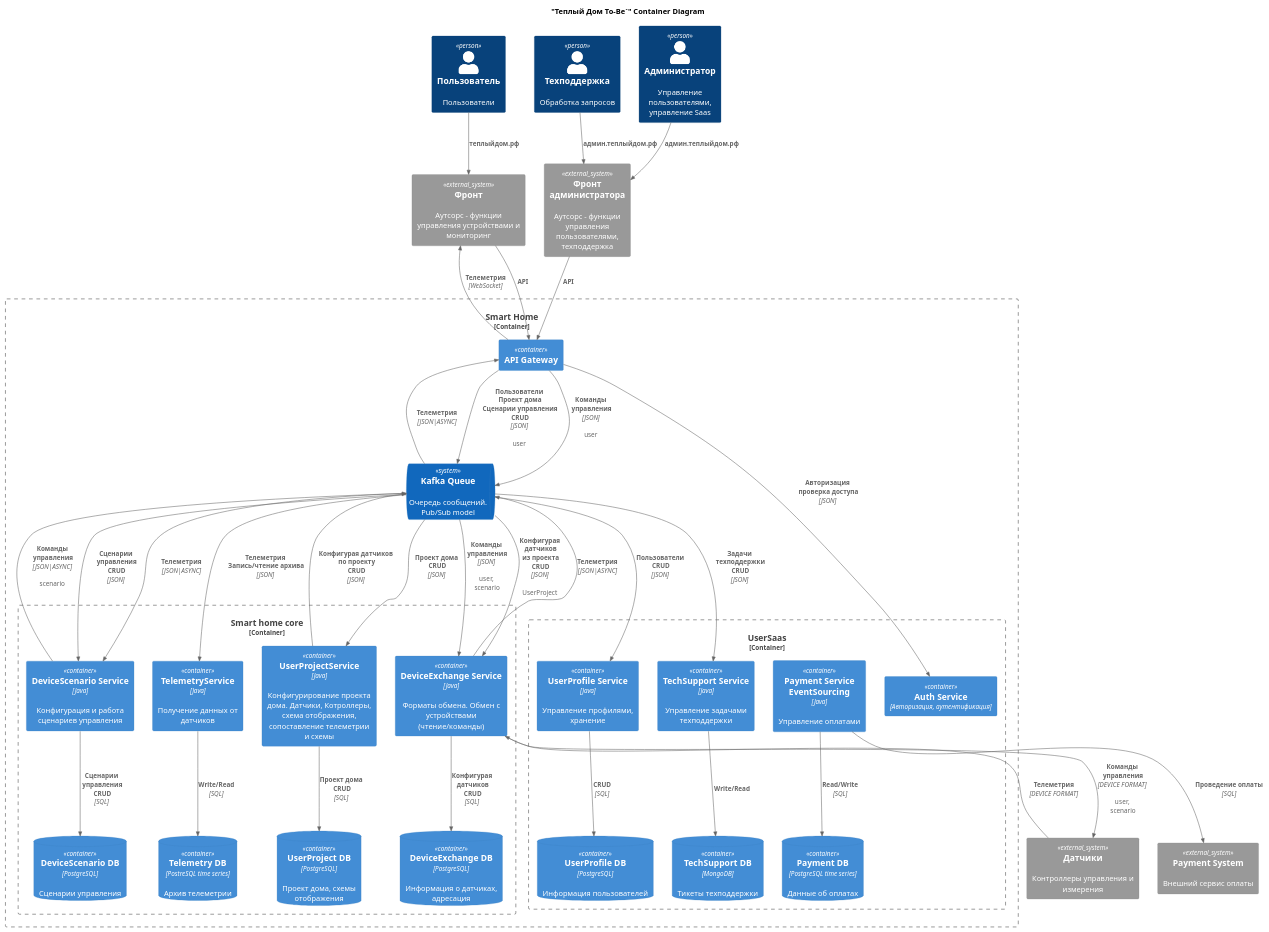
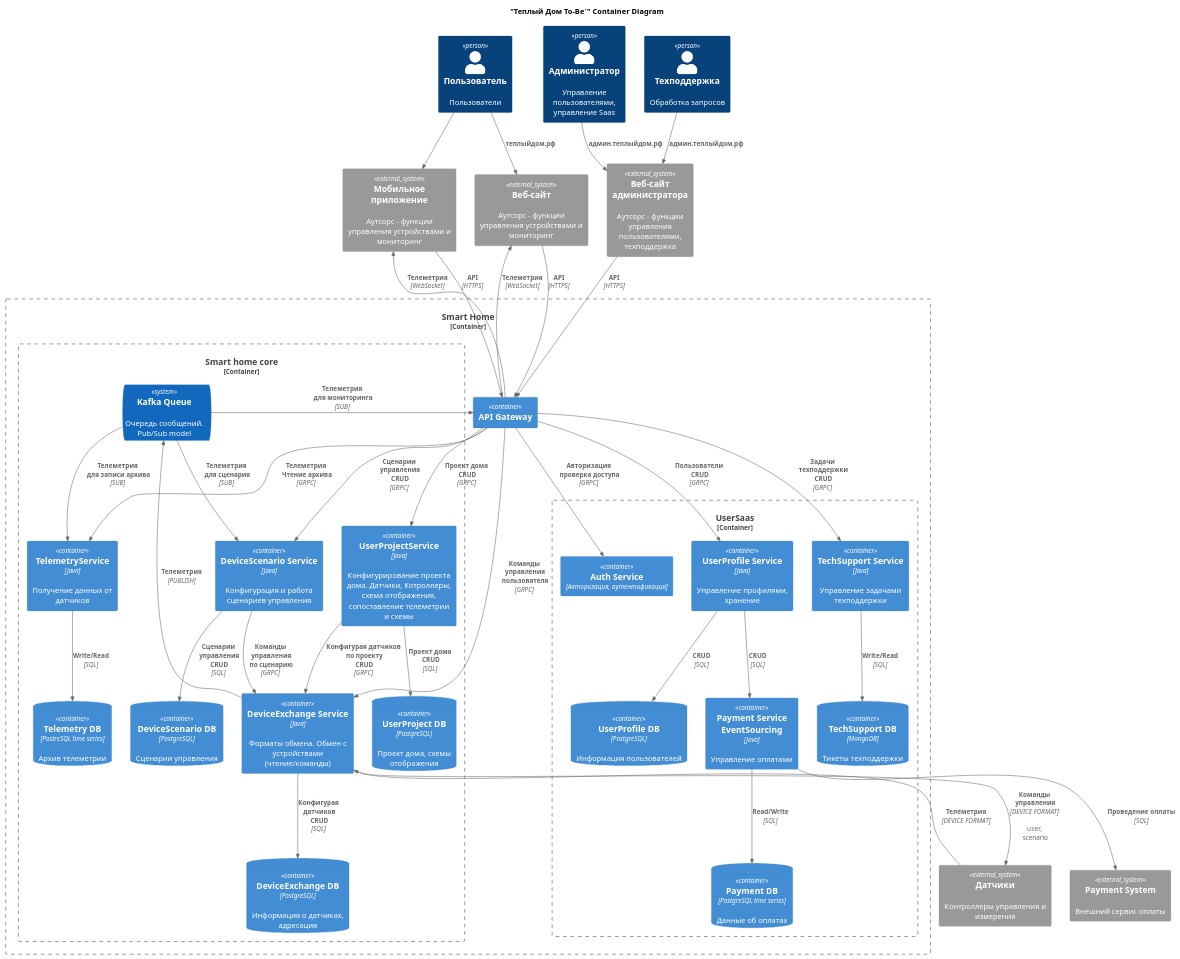
Before and after one commit to Rzr18/arhitecture-sprint-3: the diagram in С4/microservices-containers.puml, drawn with PlantUML. The commit also changed 8 other files, not shown here.

Commit message:
Переделано взаимодействие контейнеров без очереди. Очередь только для телеметрии Добавлено состояние на устройство

```diff
--- a/С4/microservices-containers.puml
+++ b/С4/microservices-containers.puml
@@ -1,94 +1,100 @@
 @startuml
 title "Теплый Дом To-Be`" Container Diagram
 
 top to bottom direction
 
 !includeurl https://raw.githubusercontent.com/RicardoNiepel/C4-PlantUML/master/C4_Component.puml
 
 Person(user, "Пользователь", "Пользователи")
 Person(admin, "Администратор", "Управление пользователями, управление Saas")
 Person(techUser, "Техподдержка", "Обработка запросов")
 
-System_Ext(webApp, "Фронт", "Аутсорс - функции управления устройствами и мониторинг")
-System_Ext(webAppAdmin, "Фронт администратора", "Аутсорс - функции управления пользователями, техподдержка")
+System_Ext(webMobileApp, "Мобильное приложение", "Аутсорс - функции управления устройствами и мониторинг")
+System_Ext(webApp, "Веб-сайт", "Аутсорс - функции управления устройствами и мониторинг")
+System_Ext(webAppAdmin, "Веб-сайт администратора", "Аутсорс - функции управления пользователями, техподдержка")
 
 System_Ext(extDevices, "Датчики", "Контроллеры управления и измерения")
 
 System_Ext(Payment, "Payment System", "Внешний сервис оплаты")
 
 Container_Boundary(SmartHomeSystem, "Smart Home") {
     Container(ApiGateway, "API Gateway")
-    SystemQueue(Queue, "Kafka Queue", "Очередь сообщений. Pub/Sub model")
+    
 
     Rel(user, webApp, "теплыйдом.рф")
+    Rel(user, webMobileApp, "")
     Rel(admin, webAppAdmin, "админ.теплыйдом.рф")
     Rel(techUser, webAppAdmin, "админ.теплыйдом.рф")
-    Rel(webAppAdmin, ApiGateway, "API")
-    Rel(webApp, ApiGateway, "API")
+    Rel_D(webAppAdmin, ApiGateway, "API", "HTTPS")
+    Rel_D(webApp, ApiGateway, "API", "HTTPS")
     Rel(ApiGateway, webApp, "Телеметрия", "WebSocket")
-
-    Rel(ApiGateway, Queue, "Пользователи\n Проект дома\n Сценарии управления\n CRUD", "JSON", "user")
-    Rel(ApiGateway, Queue, "Команды\n управления", "JSON", "user")
-    Rel(Queue, ApiGateway, "Телеметрия", "JSON|ASYNC")
+    Rel_D(webMobileApp, ApiGateway, "API", "HTTPS")
+    Rel(ApiGateway, webMobileApp, "Телеметрия", "WebSocket")
 
     
+    
+    
     Container_Boundary(DevicesSystem, "Smart home core") {
+        SystemQueue(Queue, "Kafka Queue", "Очередь сообщений. Pub/Sub model")
+        Rel(Queue, ApiGateway, "Телеметрия\n для мониторинга", "SUB")
+
         Container(DeviceExchangeService, "DeviceExchange Service", "Java", "Форматы обмена. Обмен с устройствами (чтение/команды)")
         ContainerDb(DeviceExchangeDB, "DeviсeExchange DB", "PostgreSQL", "Информация о датчиках, адресация")
 
         Container(DeviceScenarioService, "DeviceScenario Service", "Java", "Конфигурация и работа сценариев управления")
         ContainerDb(DeviceScenarioDB, "DeviceScenario DB", "PostgreSQL", "Сценарии управления")
 
         Container(TelemetryService, "TelemetryService", "Java", "Получение данных от датчиков")
         ContainerDb(TelemetryDB, "Telemetry DB", "PostreSQL time series", "Архив телеметрии")
 
         Container(UserProjectMonitoringService, "UserProjectService", "Java", "Конфигурирование проекта дома. Датчики, Котроллеры, схема отображения, сопоставление телеметрии и схемы")
         ContainerDb(UserProjectMonitoringDB, "UserProject DB", "PostgreSQL", "Проект дома, схемы отображения")
 
-        Rel(Queue, DeviceExchangeService, "Команды\n управления", "JSON", "user,\n scenario")
-        Rel(Queue, DeviceExchangeService, "Конфигурая\n датчиков\n из проекта\n CRUD", "JSON", "UserProject")
-        Rel(DeviceExchangeService, Queue, "Телеметрия", "JSON|ASYNC", )
+        Rel(ApiGateway, DeviceExchangeService, "Команды\n управления\n пользователя", "GRPC")
+        Rel(DeviceExchangeService, Queue, "Телеметрия", "PUBLISH" )
         Rel(DeviceExchangeService, extDevices, "Команды\n управления", "DEVICE FORMAT", "user,\n scenario")
         Rel(extDevices, DeviceExchangeService, "Телеметрия", "DEVICE FORMAT")
         Rel(DeviceExchangeService, DeviceExchangeDB, "Конфигурая\n датчиков\n CRUD", "SQL")
-        Rel(DeviceScenarioService, Queue, "Команды\n управления", "JSON|ASYNC", "scenario")
-        Rel(Queue, DeviceScenarioService, "Сценарии\n управления\n CRUD", "JSON")
-        Rel(Queue, DeviceScenarioService, "Телеметрия", "JSON|ASYNC")
+        Rel(DeviceScenarioService, DeviceExchangeService, "Команды\n управления\n по сценарию", "GRPC")
+        Rel(ApiGateway, DeviceScenarioService, "Сценарии\n управления\n CRUD", "GRPC")
+        Rel(Queue, DeviceScenarioService, "Телеметрия\n для сценария", "SUB")
         Rel(DeviceScenarioService, DeviceScenarioDB, "Сценарии\n управления\n CRUD", "SQL")
 
-        Rel(Queue, TelemetryService, "Телеметрия\n Запись/чтение архива", "JSON")
+        Rel(ApiGateway, TelemetryService, "Телеметрия\n Чтение архива", "GRPC")
+        Rel(Queue, TelemetryService, "Телеметрия\n для записи архива", "SUB")
         Rel(TelemetryService, TelemetryDB, "Write/Read", "SQL")
 
-        Rel(Queue, UserProjectMonitoringService, "Проект дома\n CRUD", "JSON")
-        Rel(UserProjectMonitoringService, UserProjectMonitoringDB, "Проект дома\n CRUD", "SQL")
-        Rel(UserProjectMonitoringService, Queue, "Конфигурая датчиков\n по проекту\n CRUD", "JSON")
+        Rel(ApiGateway, UserProjectMonitoringService, "Проект дома\n CRUD", "GRPC")
+        Rel_D(UserProjectMonitoringService, UserProjectMonitoringDB, "Проект дома\n CRUD", "SQL")
+        Rel(UserProjectMonitoringService, DeviceExchangeService, "Конфигурая датчиков\n по проекту\n CRUD", "GRPC")
     }
 
 
 
     Container_Boundary(UserSaasSystem, "UserSaas") {
 
         Container(Auth, "Auth Service", "Авторизация, аутентификация")
         Container(UserProfile, "UserProfile Service", "Java", "Управление профилями, хранение ")
         ContainerDb(UserProfileDataBase, "UserProfile DB", "PostgreSQL", "Информация пользователей")
 
         Container(PaymentService, "Payment Service\n EventSourcing", "Java", "Управление оплатами")
         ContainerDb(PaymentDB, "Payment DB", "PostgreSQL time series", "Данные об оплатах")
 
         Container(TechSupportService, "TechSupport Service", "Java", "Управление задачами техподдержки")
         ContainerDb(TechSupportDB, "TechSupport DB", "MongoDB", "Тикеты техподдержки")
 
-        Rel(ApiGateway, Auth, "Авторизация\n проверка доступа", "JSON")
-        Rel(Queue, UserProfile, "Пользователи\n CRUD", "JSON")
+        Rel(ApiGateway, Auth, "Авторизация\n проверка доступа", "GRPC")
+        Rel(ApiGateway, UserProfile, "Пользователи\n CRUD", "GRPC")
 
         Rel(UserProfile, UserProfileDataBase, "CRUD", "SQL")
 
+        Rel(UserProfile, PaymentService, "CRUD", "SQL")
         Rel(PaymentService, PaymentDB, "Read/Write", "SQL")
         Rel(PaymentService, Payment, "Проведение оплаты", "SQL")
 
-        Rel(Queue, TechSupportService, "Задачи\n техподдержки\n CRUD ", "JSON")
-        Rel(TechSupportService, TechSupportDB, "Write/Read")
+        Rel(ApiGateway, TechSupportService, "Задачи\n техподдержки\n CRUD ", "GRPC")
+        Rel(TechSupportService, TechSupportDB, "Write/Read", "SQL")
     }
 }
 
 @enduml
```
